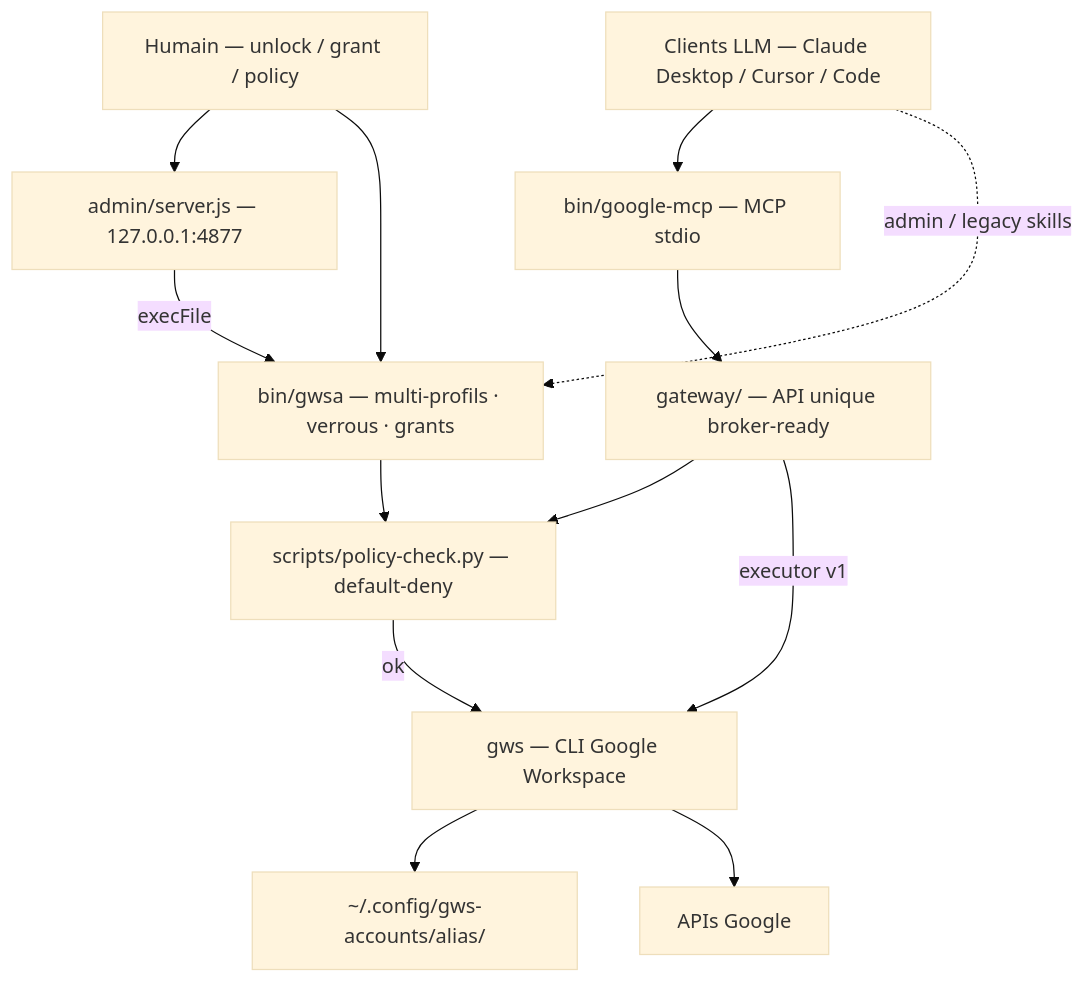
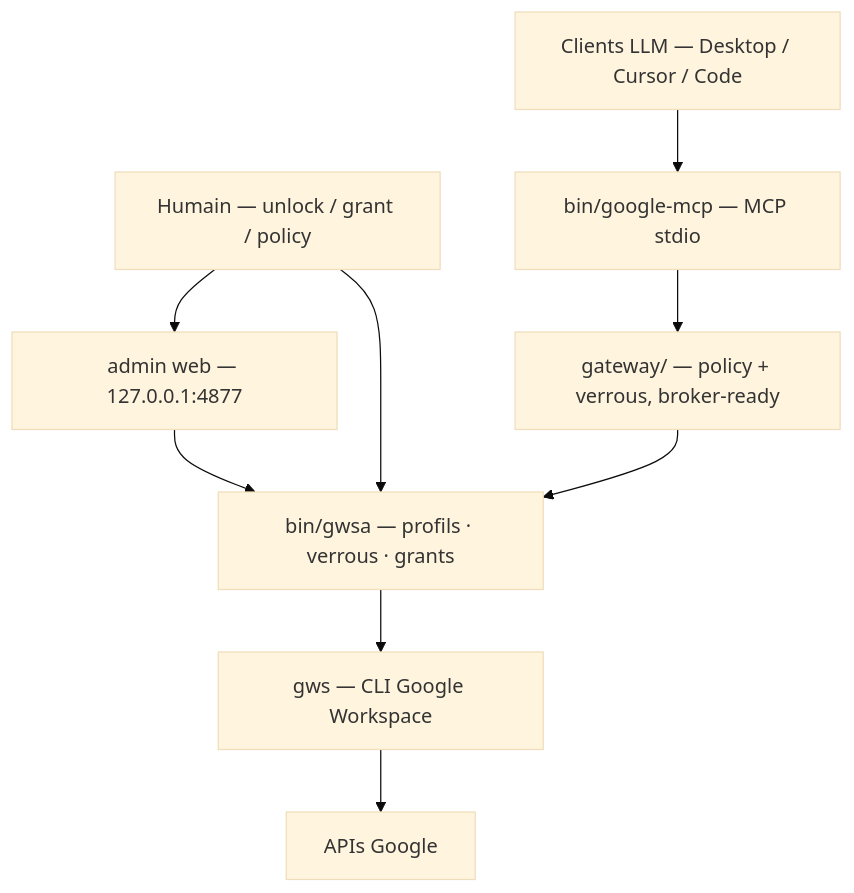
Before and after one commit to elzinko/google-mcp-multi-account: the diagram in README.md, drawn with Mermaid (base theme). The commit also changed other lines of this file and 3 other files, not shown here.

````diff
--- a/README.md
+++ b/README.md
@@ -14,25 +56,14 @@
 ```mermaid
 flowchart TD
     USER["Humain — unlock / grant / policy"]
-    LLM["Clients LLM — Claude Desktop / Cursor / Code"]
+    LLM["Clients LLM — Desktop / Cursor / Code"]
     MCP["bin/google-mcp — MCP stdio"]
-    GW["gateway/ — API unique broker-ready"]
-    ADMIN["admin/server.js — 127.0.0.1:4877"]
-    GWSA["bin/gwsa — multi-profils · verrous · grants"]
-    CHECK["scripts/policy-check.py — default-deny"]
+    GW["gateway/ — policy + verrous, broker-ready"]
+    ADMIN["admin web — 127.0.0.1:4877"]
+    GWSA["bin/gwsa — profils · verrous · grants"]
     GWS["gws — CLI Google Workspace"]
-    PROFILS["~/.config/gws-accounts/alias/"]
     GOOGLE["APIs Google"]
-
-    USER --> ADMIN
+    USER --> ADMIN --> GWSA
     USER --> GWSA
-    ADMIN -->|execFile| GWSA
-    LLM --> MCP --> GW
-    GW --> CHECK
-    GW -->|executor v1| GWS
-    LLM -.->|admin / legacy skills| GWSA
-    GWSA --> CHECK
-    CHECK -->|ok| GWS
-    GWS --> PROFILS
-    GWS --> GOOGLE
+    LLM --> MCP --> GW --> GWSA --> GWS --> GOOGLE
 ```
````
